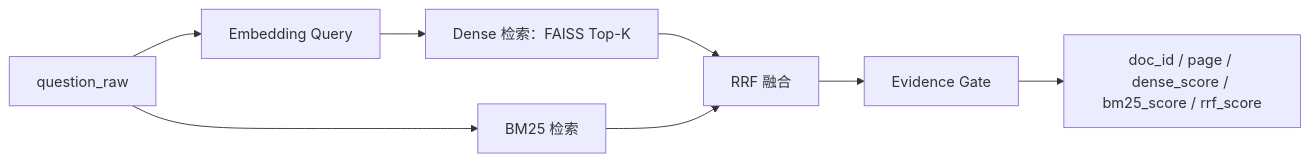
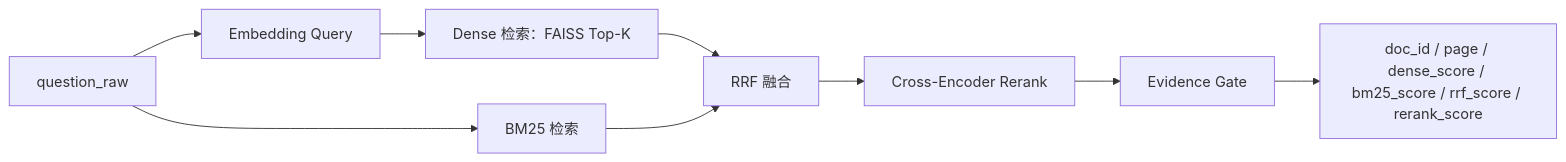
The fifth of 10 diagrams in docs/guides/architecture.md (Eric-he-cn/course-pilot), drawn with Mermaid before and after one commit. The commit also changed other lines of this file and 10 other files, not shown here.

````diff
--- a/docs/guides/architecture.md
+++ b/docs/guides/architecture.md
@@ -581,10 +585,11 @@
 ```mermaid
 flowchart LR
     Q[question_raw] --> QE[Embedding Query]
     QE --> D[Dense 检索：FAISS Top-K]
     Q --> B[BM25 检索]
     D --> F[RRF 融合]
     B --> F
-    F --> G[Evidence Gate]
-    G --> OUT[doc_id / page / dense_score / bm25_score / rrf_score]
+    F --> R[Cross-Encoder Rerank]
+    R --> G[Evidence Gate]
+    G --> OUT[doc_id / page / dense_score / bm25_score / rrf_score / rerank_score]
 ```
````
